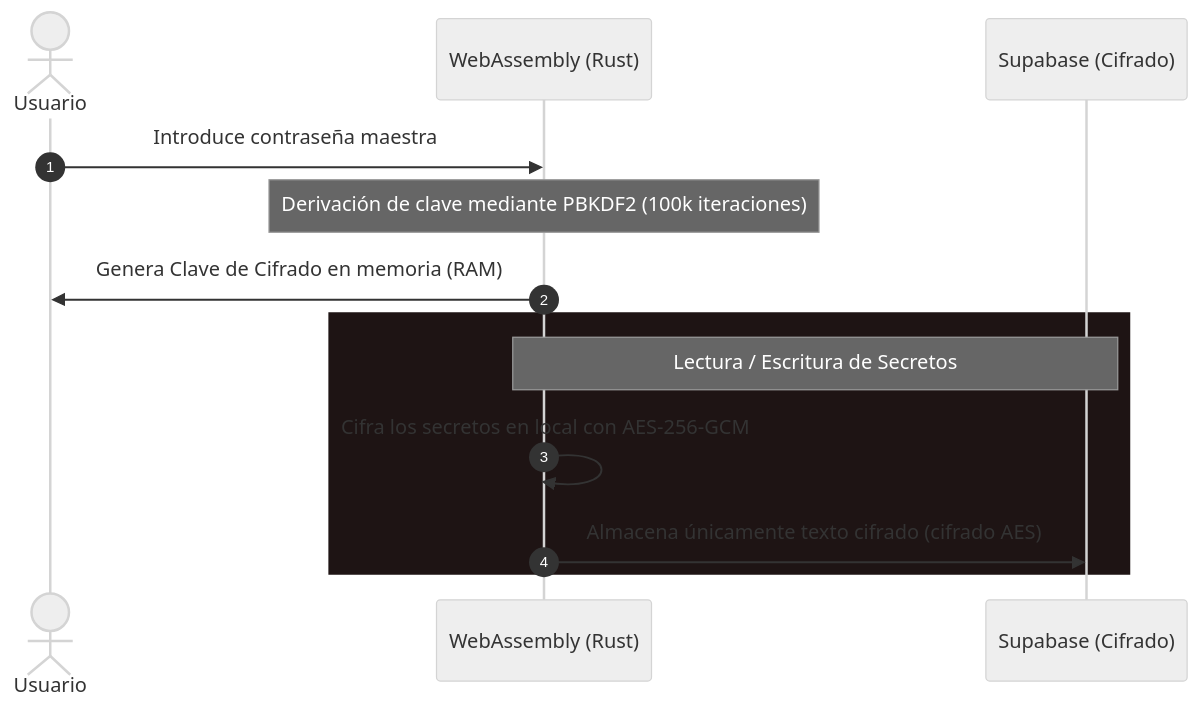
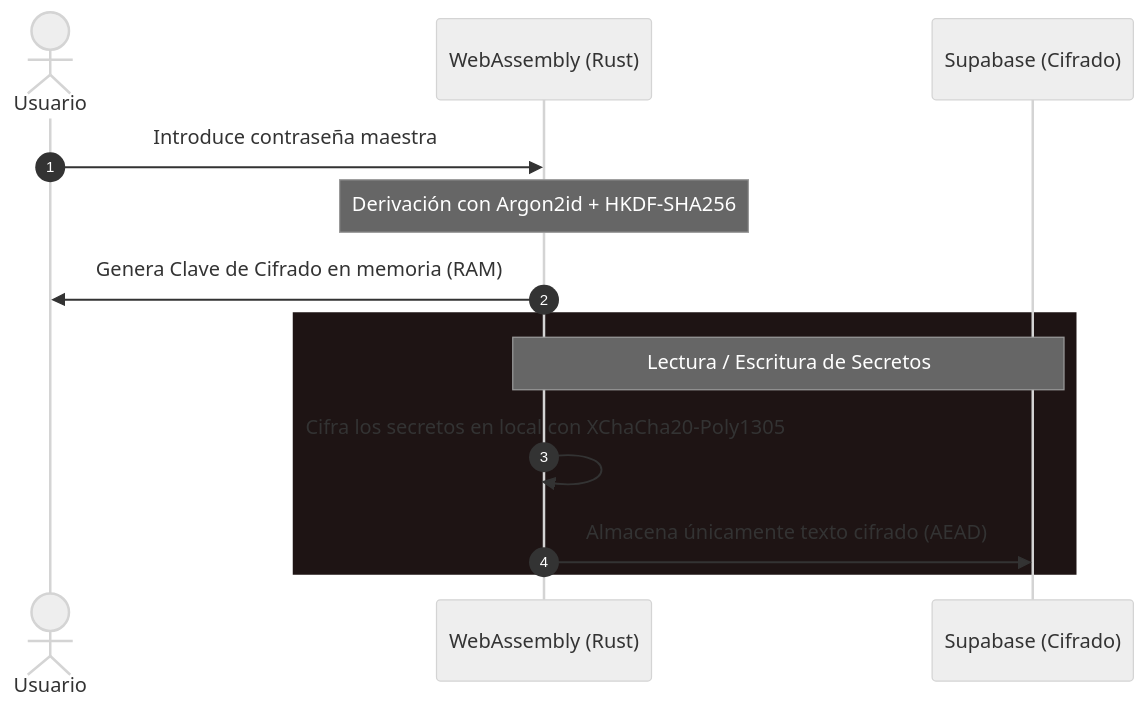
Before and after one commit to viorencia/VIORENCIA-PASS-SAFE: the diagram in README.md, drawn with Mermaid (neutral theme). The commit also changed other lines of this file and 15 other files, not shown here.

````diff
--- a/README.md
+++ b/README.md
@@ -48,17 +48,17 @@
 ```mermaid
 sequenceDiagram
     autonumber
     actor Usuario
     participant WASM as WebAssembly (Rust)
     participant DB as Supabase (Cifrado)
 
     Usuario->>WASM: Introduce contraseña maestra
-    Note over WASM: Derivación de clave mediante PBKDF2 (100k iteraciones)
+    Note over WASM: Derivación con Argon2id + HKDF-SHA256
     WASM->>Usuario: Genera Clave de Cifrado en memoria (RAM)
     
     rect rgb(30, 20, 20)
         Note over WASM, DB: Lectura / Escritura de Secretos
-        WASM->>WASM: Cifra los secretos en local con AES-256-GCM
-        WASM->>DB: Almacena únicamente texto cifrado (cifrado AES)
+        WASM->>WASM: Cifra los secretos en local con XChaCha20-Poly1305
+        WASM->>DB: Almacena únicamente texto cifrado (AEAD)
     end
 ```
````
